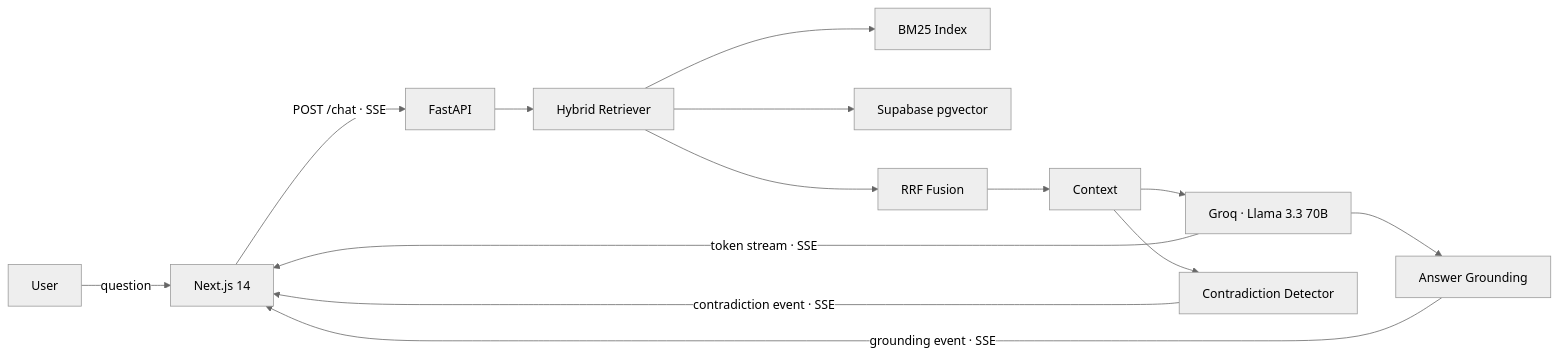
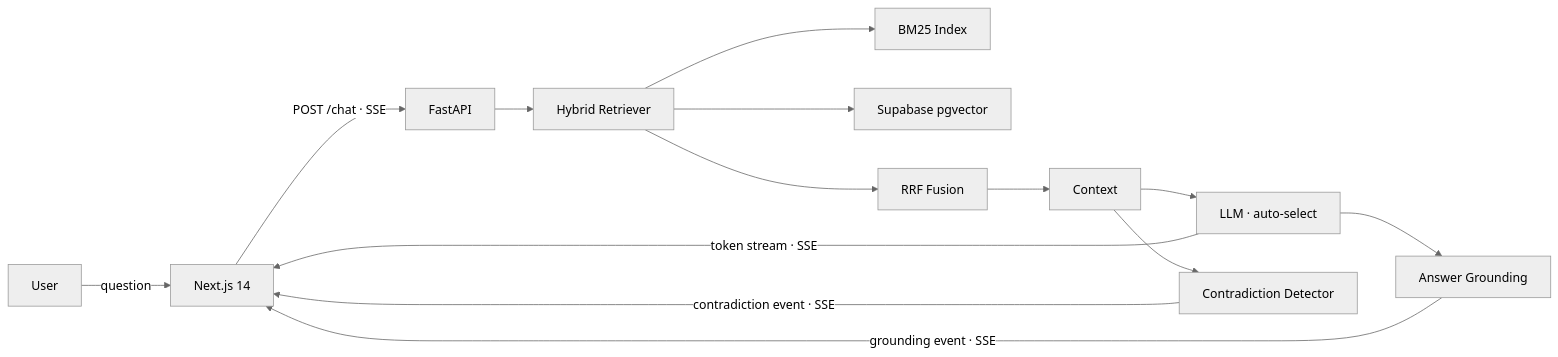
The diagram in README.md (skayy47/nexus), drawn with Mermaid (neutral theme) before and after one commit. The commit also changed other lines of this file, not shown here.

First line of the commit message:
docs: clarify dual-backend LLM — Gemini default, Groq in production

````diff
--- a/README.md
+++ b/README.md
@@ -33,16 +33,16 @@
 ```mermaid
 graph LR
     User -->|question| FE[Next.js 14]
     FE -->|POST /chat · SSE| API[FastAPI]
     API --> RET[Hybrid Retriever]
     RET --> BM25[BM25 Index]
     RET --> VEC[Supabase pgvector]
     RET --> RRF[RRF Fusion]
     RRF --> CTX[Context]
-    CTX --> LLM[Groq · Llama 3.3 70B]
+    CTX --> LLM[LLM · auto-select]
     CTX --> CD[Contradiction Detector]
     LLM --> GR[Answer Grounding]
     LLM -->|token stream · SSE| FE
     CD -->|contradiction event · SSE| FE
     GR -->|grounding event · SSE| FE
 ```
````
